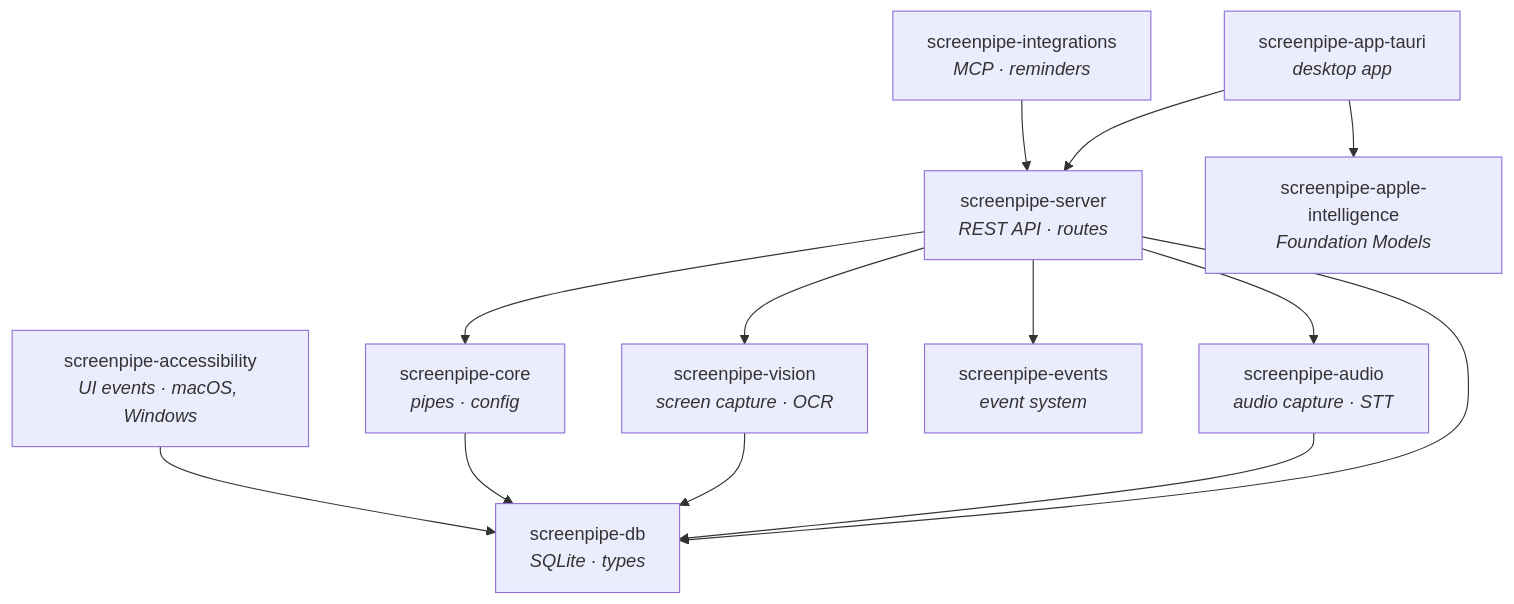
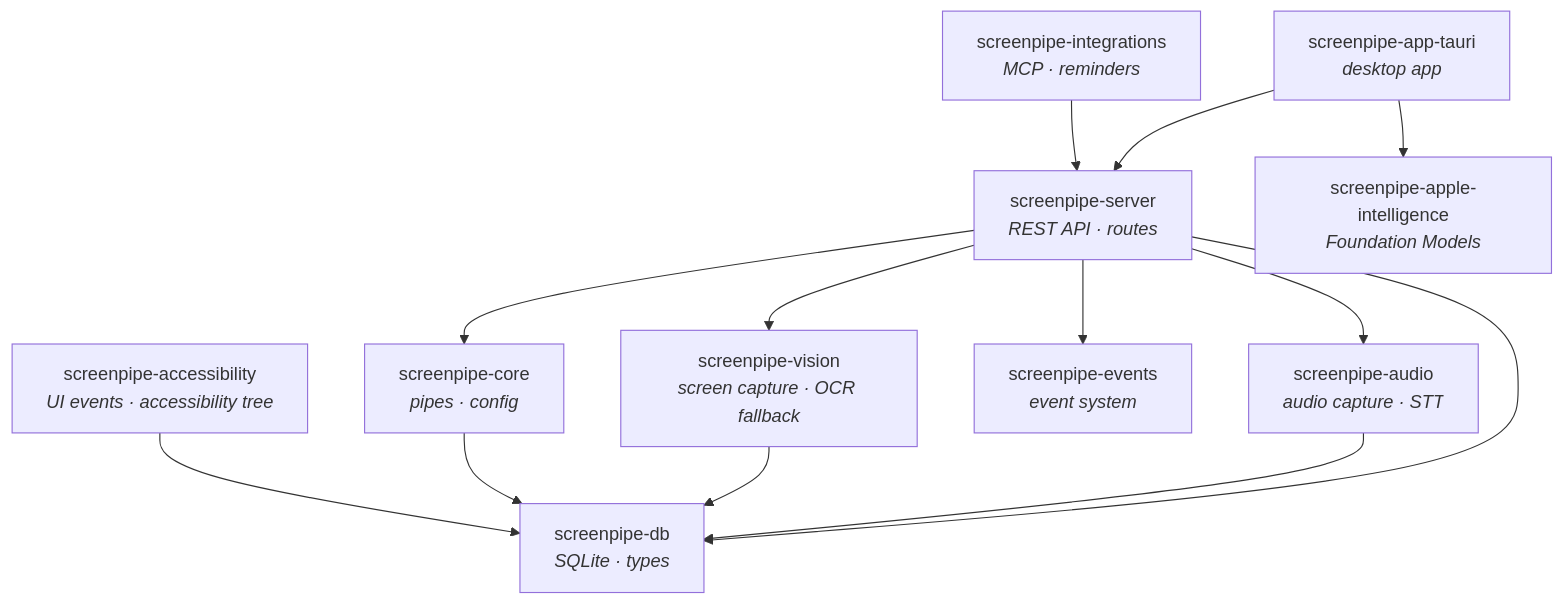
One commit to jasonkneen/screenpipe changed the third of 4 diagrams in docs/mintlify/docs-mintlify-mig-tmp/architecture.mdx. Above: the diagram before and after it, drawn with Mermaid. The commit also changed other lines of this file and 31 other files, not shown here.

Commit message:
docs: clarify accessibility-first screen text

````diff
--- a/docs/mintlify/docs-mintlify-mig-tmp/architecture.mdx
+++ b/docs/mintlify/docs-mintlify-mig-tmp/architecture.mdx
@@ -99,26 +99,26 @@
 ```mermaid
 graph TD
     APP[screenpipe-app-tauri<br/><i>desktop app</i>]
     SERVER[screenpipe-server<br/><i>REST API · routes</i>]
     DB[screenpipe-db<br/><i>SQLite · types</i>]
-    VISION[screenpipe-vision<br/><i>screen capture · OCR</i>]
+    VISION[screenpipe-vision<br/><i>screen capture · OCR fallback</i>]
     AUDIO[screenpipe-audio<br/><i>audio capture · STT</i>]
     CORE[screenpipe-core<br/><i>pipes · config</i>]
     EVENTS[screenpipe-events<br/><i>event system</i>]
-    A11Y[screenpipe-accessibility<br/><i>UI events · macOS, Windows</i>]
+    A11Y[screenpipe-accessibility<br/><i>UI events · accessibility tree</i>]
     AI[screenpipe-apple-intelligence<br/><i>Foundation Models</i>]
     INT[screenpipe-integrations<br/><i>MCP · reminders</i>]
 
     APP --> SERVER
     APP --> AI
     SERVER --> DB
     SERVER --> VISION
     SERVER --> AUDIO
     SERVER --> CORE
     SERVER --> EVENTS
     AUDIO --> DB
     VISION --> DB
     CORE --> DB
     A11Y --> DB
     INT --> SERVER
 ```
````
